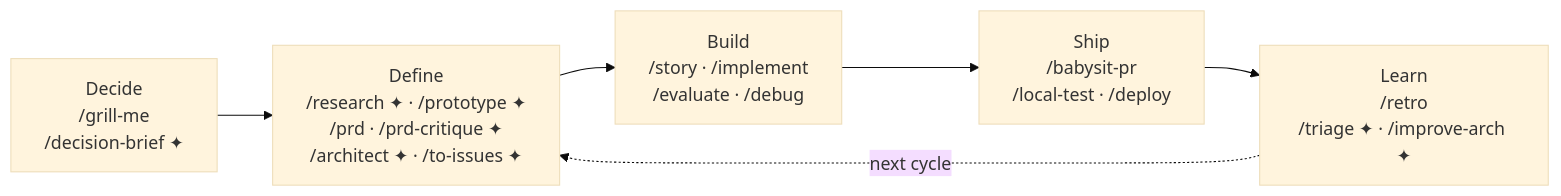
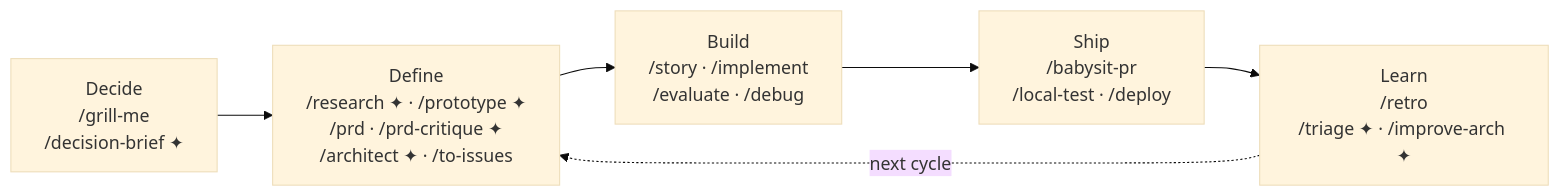
Before and after one commit to anudeeps28/claude-code-harness: the diagram in README.md, drawn with Mermaid (base theme). The commit also changed other lines of this file and 10 other files, not shown here.

````diff
--- a/README.md
+++ b/README.md
@@ -68,11 +68,11 @@
 ```mermaid
 flowchart LR
     P0["Decide<br/>/grill-me<br/>/decision-brief ✦"]
-    P1["Define<br/>/research ✦ · /prototype ✦<br/>/prd · /prd-critique ✦<br/>/architect ✦ · /to-issues ✦"]
+    P1["Define<br/>/research ✦ · /prototype ✦<br/>/prd · /prd-critique ✦<br/>/architect ✦ · /to-issues"]
     P2["Build<br/>/story · /implement<br/>/evaluate · /debug"]
     P3["Ship<br/>/babysit-pr<br/>/local-test · /deploy"]
     P4["Learn<br/>/retro<br/>/triage ✦ · /improve-arch ✦"]
 
     P0 --> P1 --> P2 --> P3 --> P4
     P4 -.->|"next cycle"| P1
 ```
````
